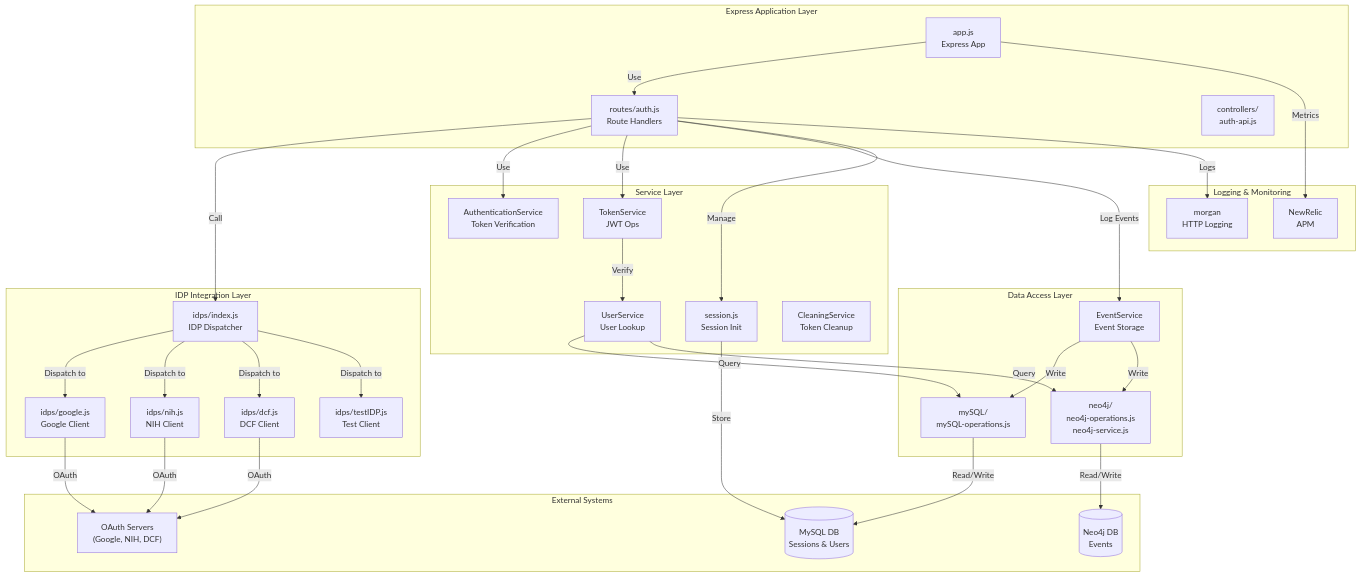
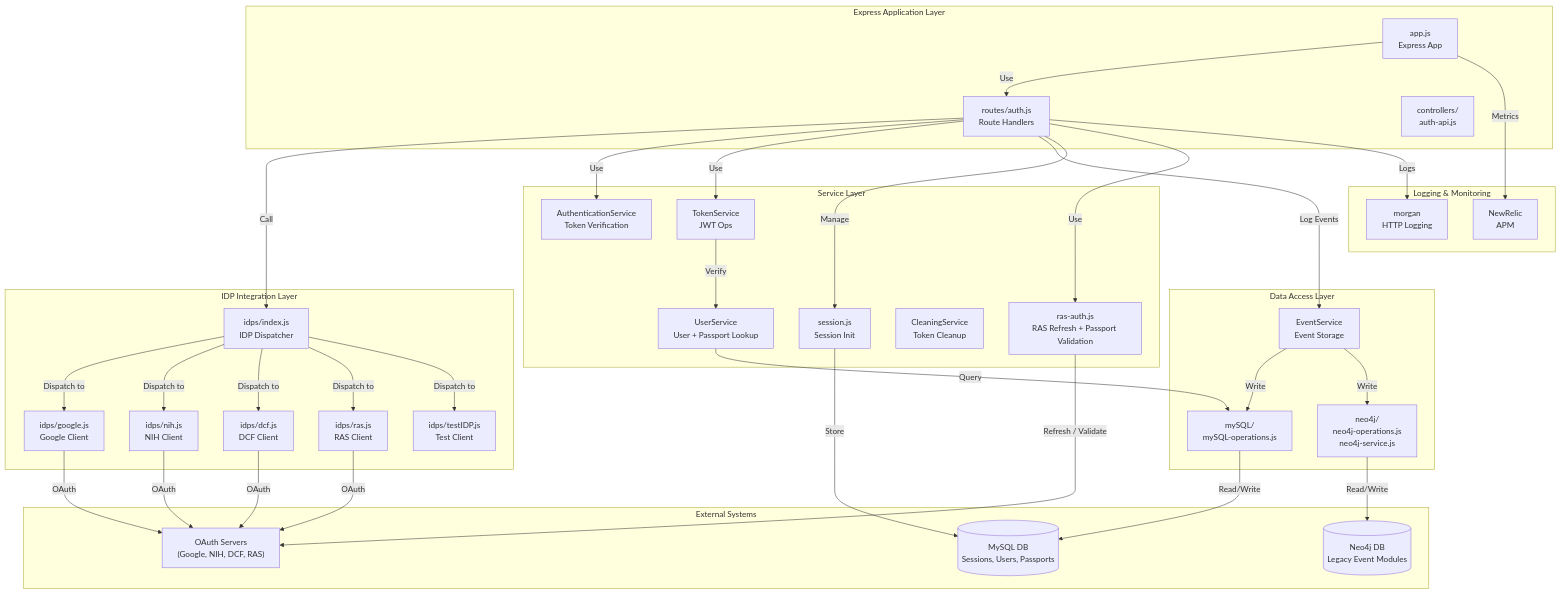
The diagram in docs/architecture/components.md (CBIIT/crdc-ctdc-authn), drawn with Mermaid before and after one commit. The commit also changed other lines of this file and 3 other files, not shown here.

First line of the commit message:
docs: update architecture diagrams and flows for RAS integration

````diff
--- a/docs/architecture/components.md
+++ b/docs/architecture/components.md
@@ -5,72 +5,77 @@
 ```mermaid
 graph TB
     subgraph "Express Application Layer"
         App["app.js<br/>Express App"]
         Routes["routes/auth.js<br/>Route Handlers"]
         Controllers["controllers/<br/>auth-api.js"]
     end
     
     subgraph "IDP Integration Layer"
         IDPIndex["idps/index.js<br/>IDP Dispatcher"]
         GoogleIDP["idps/google.js<br/>Google Client"]
         NihIDP["idps/nih.js<br/>NIH Client"]
         DcfIDP["idps/dcf.js<br/>DCF Client"]
+        RasIDP["idps/ras.js<br/>RAS Client"]
         TestIDP["idps/testIDP.js<br/>Test Client"]
     end
     
     subgraph "Service Layer"
         AuthService["AuthenticationService<br/>Token Verification"]
         TokenService["TokenService<br/>JWT Ops"]
-        UserService["UserService<br/>User Lookup"]
+        UserService["UserService<br/>User + Passport Lookup"]
         SessionService["session.js<br/>Session Init"]
         CleanService["CleaningService<br/>Token Cleanup"]
+        RasAuth["ras-auth.js<br/>RAS Refresh + Passport Validation"]
     end
     
     subgraph "Data Access Layer"
         EventService["EventService<br/>Event Storage"]
         MySQLOps["mySQL/<br/>mySQL-operations.js"]
         Neo4jOps["neo4j/<br/>neo4j-operations.js<br/>neo4j-service.js"]
     end
     
     subgraph "External Systems"
-        MySQLDB[(MySQL DB<br/>Sessions & Users)]
-        Neo4jDB[(Neo4j DB<br/>Events)]
-        IDPServers["OAuth Servers<br/>(Google, NIH, DCF)"]
+        MySQLDB[(MySQL DB<br/>Sessions, Users, Passports)]
+        Neo4jDB[(Neo4j DB<br/>Legacy Event Modules)]
+        IDPServers["OAuth Servers<br/>(Google, NIH, DCF, RAS)"]
     end
     
     subgraph "Logging & Monitoring"
         Morgan["morgan<br/>HTTP Logging"]
         NewRelic["NewRelic<br/>APM"]
     end
     
     App -->|Use| Routes
     Routes -->|Call| IDPIndex
     Routes -->|Use| AuthService
     Routes -->|Use| TokenService
     Routes -->|Log Events| EventService
     Routes -->|Manage| SessionService
     
     IDPIndex -->|Dispatch to| GoogleIDP
     IDPIndex -->|Dispatch to| NihIDP
     IDPIndex -->|Dispatch to| DcfIDP
+    IDPIndex -->|Dispatch to| RasIDP
     IDPIndex -->|Dispatch to| TestIDP
     
     GoogleIDP -->|OAuth| IDPServers
     NihIDP -->|OAuth| IDPServers
     DcfIDP -->|OAuth| IDPServers
+    RasIDP -->|OAuth| IDPServers
     
     TokenService -->|Verify| UserService
     UserService -->|Query| MySQLOps
-    UserService -->|Query| Neo4jOps
+    Routes -->|Use| RasAuth
+    RasAuth -->|Refresh / Validate| IDPServers
     
     EventService -->|Write| MySQLOps
     EventService -->|Write| Neo4jOps
     
     MySQLOps -->|Read/Write| MySQLDB
     Neo4jOps -->|Read/Write| Neo4jDB
     
     SessionService -->|Store| MySQLDB
     
     App -->|Metrics| NewRelic
     Routes -->|Logs| Morgan
 ```
````
